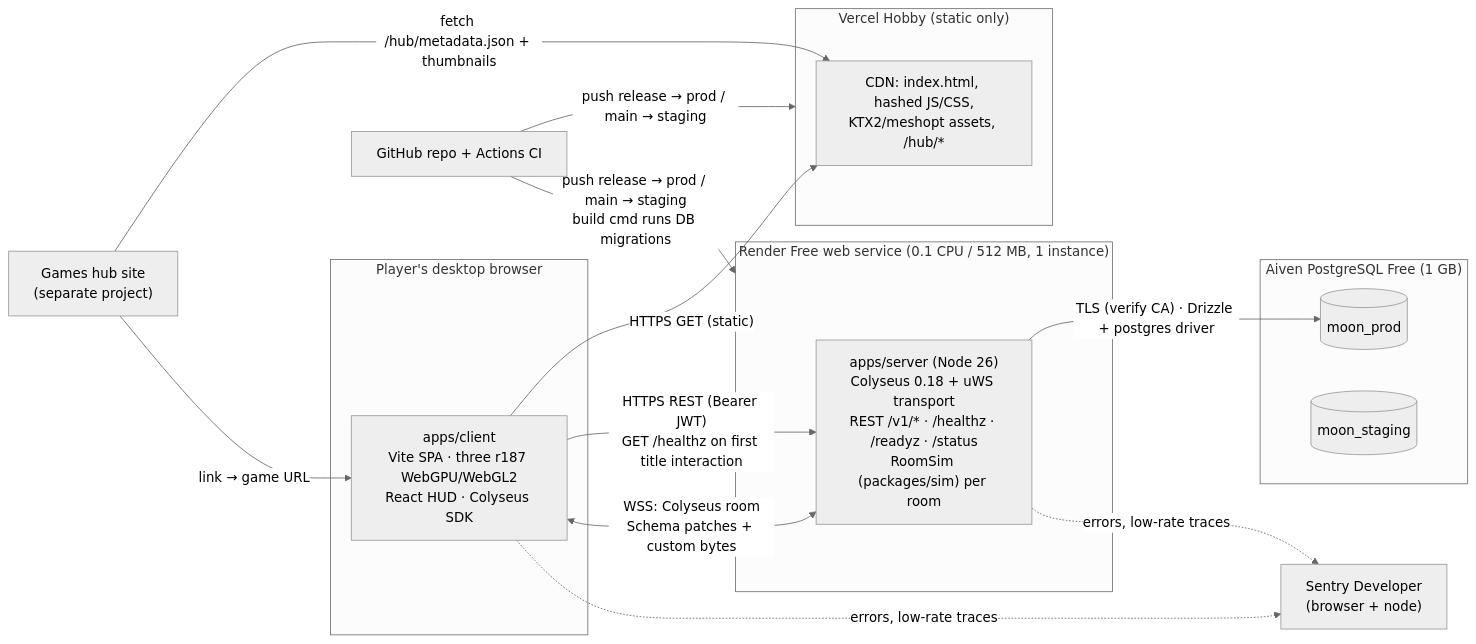
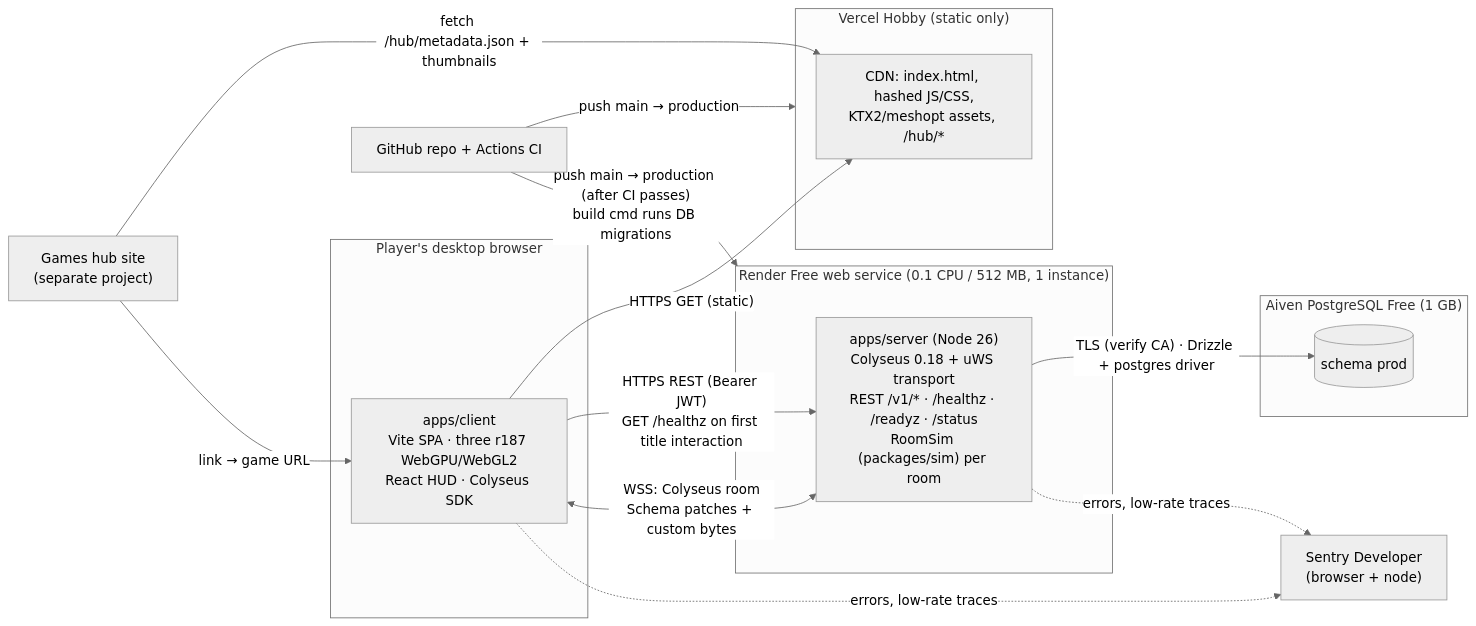
One commit to ceenguyen05/MoonCleanup changed the first of 3 diagrams in docs/architecture/system-overview.md. Above: the diagram before and after it, drawn with Mermaid (neutral theme). The commit also changed other lines of this file and 47 other files, not shown here.

````diff
--- a/docs/architecture/system-overview.md
+++ b/docs/architecture/system-overview.md
@@ -14,30 +13,29 @@
 ```mermaid
 flowchart LR
   subgraph Player["Player's desktop browser"]
     C["apps/client<br/>Vite SPA · three r187 WebGPU/WebGL2<br/>React HUD · Colyseus SDK"]
   end
   subgraph Vercel["Vercel Hobby (static only)"]
     CDN["CDN: index.html, hashed JS/CSS,<br/>KTX2/meshopt assets, /hub/*"]
   end
   subgraph Render["Render Free web service (0.1 CPU / 512 MB, 1 instance)"]
     S["apps/server (Node 26)<br/>Colyseus 0.18 + uWS transport<br/>REST /v1/* · /healthz · /readyz · /status<br/>RoomSim (packages/sim) per room"]
   end
   subgraph Aiven["Aiven PostgreSQL Free (1 GB)"]
-    DBP[("moon_prod")]
-    DBS[("moon_staging")]
+    DBP[("schema prod")]
   end
   Hub["Games hub site<br/>(separate project)"]
   Sentry["Sentry Developer<br/>(browser + node)"]
   GH["GitHub repo + Actions CI"]
 
   C -- "HTTPS GET (static)" --> CDN
   C -- "HTTPS REST (Bearer JWT)<br/>GET /healthz on first title interaction" --> S
   C <-- "WSS: Colyseus room<br/>Schema patches + custom bytes" --> S
   S -- "TLS (verify CA) · Drizzle + postgres driver" --> DBP
   Hub -- "fetch /hub/metadata.json + thumbnails" --> CDN
   Hub -- "link → game URL" --> C
   C -. "errors, low-rate traces" .-> Sentry
   S -. "errors, low-rate traces" .-> Sentry
-  GH -- "push release → prod / main → staging" --> Vercel
-  GH -- "push release → prod / main → staging<br/>build cmd runs DB migrations" --> Render
+  GH -- "push main → production" --> Vercel
+  GH -- "push main → production (after CI passes)<br/>build cmd runs DB migrations" --> Render
 ```
````
